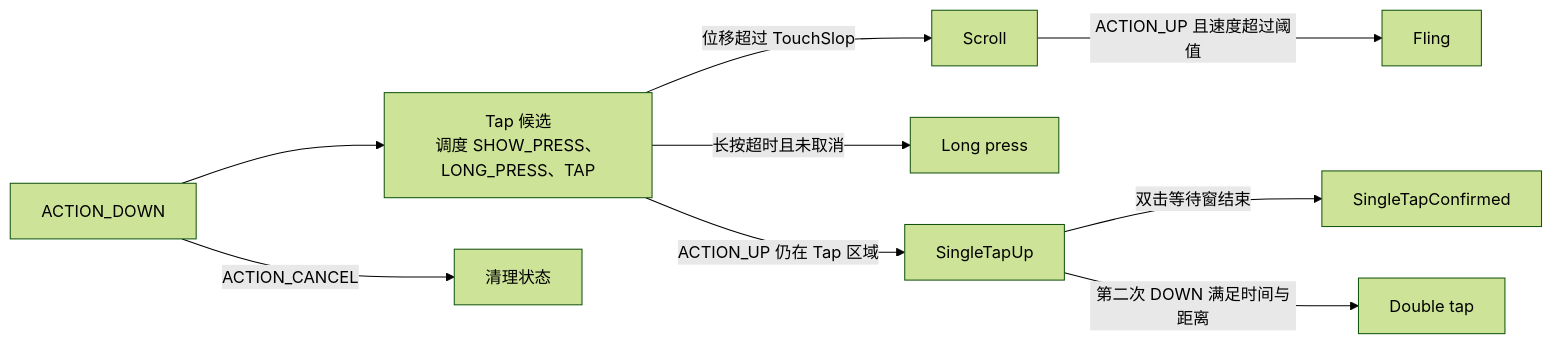
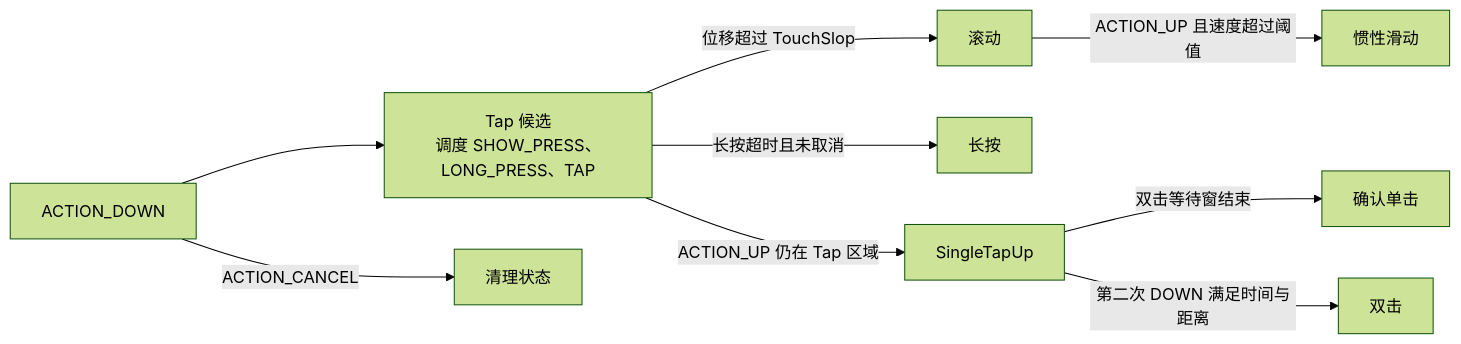
The diagram in src/part1-fundamentals/ch03-input/06-gesture-recognition-performance.md (Gracker/android-internals-wiki), drawn with Mermaid (forest theme) before and after one commit. The commit also changed other lines of this file and 4 other files, not shown here.

````diff
--- a/src/part1-fundamentals/ch03-input/06-gesture-recognition-performance.md
+++ b/src/part1-fundamentals/ch03-input/06-gesture-recognition-performance.md
@@ -187,11 +187,11 @@
 ```mermaid
 flowchart LR
     A["ACTION_DOWN"] --> B["Tap 候选<br/>调度 SHOW_PRESS、LONG_PRESS、TAP"]
-    B -->|"位移超过 TouchSlop"| C["Scroll"]
-    B -->|"长按超时且未取消"| D["Long press"]
+    B -->|"位移超过 TouchSlop"| C["滚动"]
+    B -->|"长按超时且未取消"| D["长按"]
     B -->|"ACTION_UP 仍在 Tap 区域"| E["SingleTapUp"]
-    E -->|"双击等待窗结束"| F["SingleTapConfirmed"]
-    E -->|"第二次 DOWN 满足时间与距离"| G["Double tap"]
-    C -->|"ACTION_UP 且速度超过阈值"| H["Fling"]
+    E -->|"双击等待窗结束"| F["确认单击"]
+    E -->|"第二次 DOWN 满足时间与距离"| G["双击"]
+    C -->|"ACTION_UP 且速度超过阈值"| H["惯性滑动"]
     A -->|"ACTION_CANCEL"| I["清理状态"]
 ```
````
